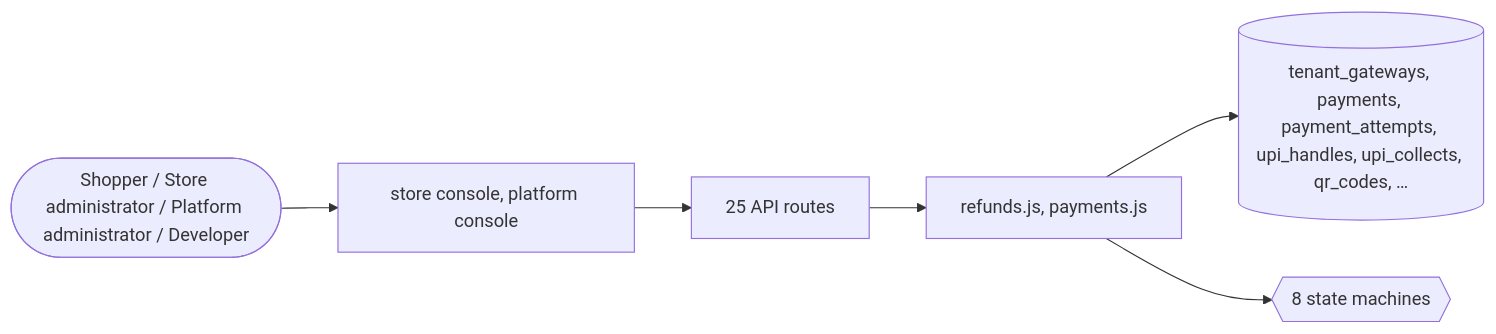
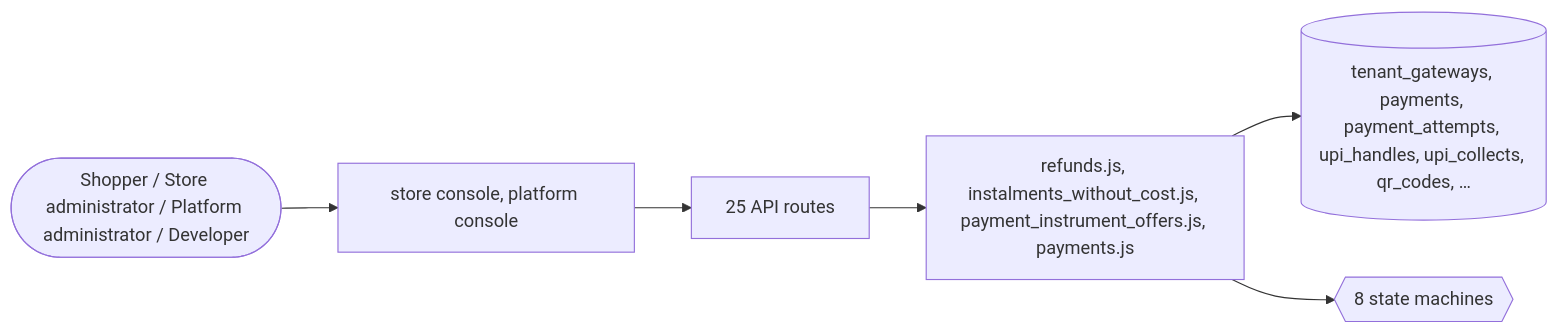
The ninth of 9 diagrams in docs/domains/payments.md (echelonxventures-Projects/universal-product), drawn with Mermaid before and after one commit. The commit also changed other lines of this file and 67 other files, not shown here.

````diff
--- a/docs/domains/payments.md
+++ b/docs/domains/payments.md
@@ -383,8 +393,8 @@
 ```mermaid
 flowchart LR
   U([Shopper / Store administrator / Platform administrator / Developer]) --> UI[store console, platform console]
   UI --> API[25 API routes]
-  API --> ENG[refunds.js, payments.js]
+  API --> ENG[refunds.js, instalments_without_cost.js, payment_instrument_offers.js, payments.js]
   ENG --> DB[(tenant_gateways, payments, payment_attempts, upi_handles, upi_collects, qr_codes, …)]
   ENG --> SM{{8 state machines}}
 ```
````
